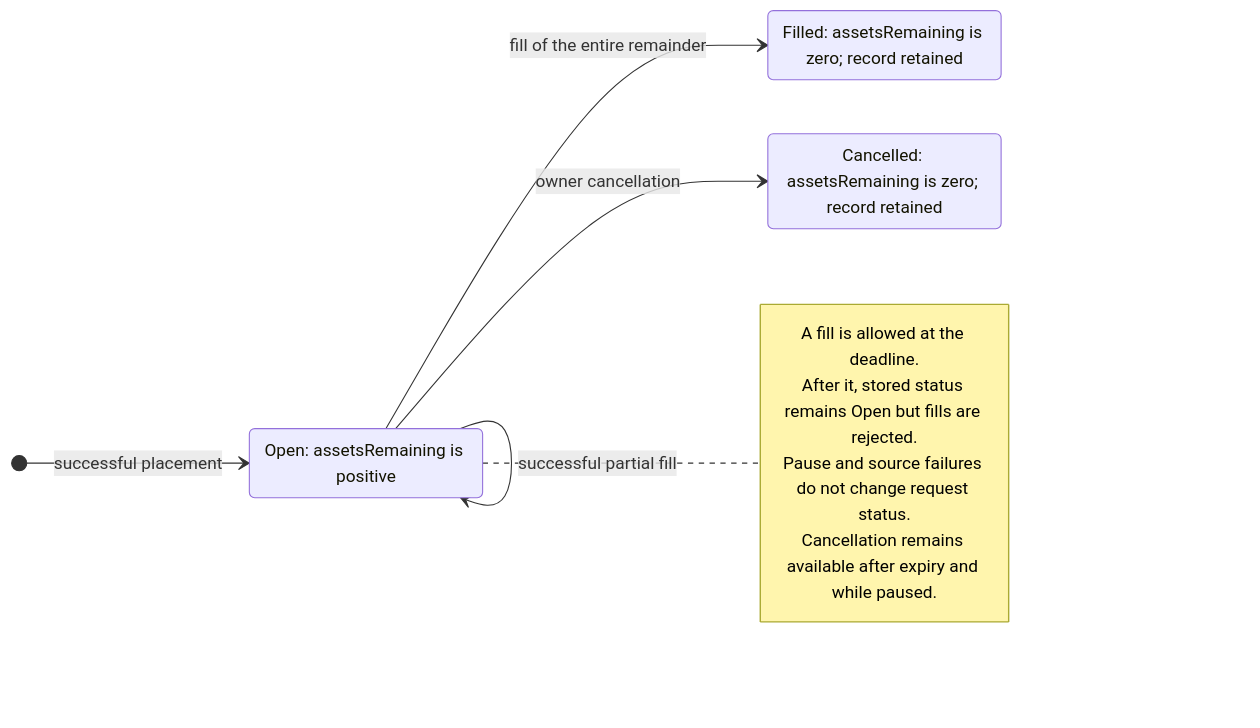
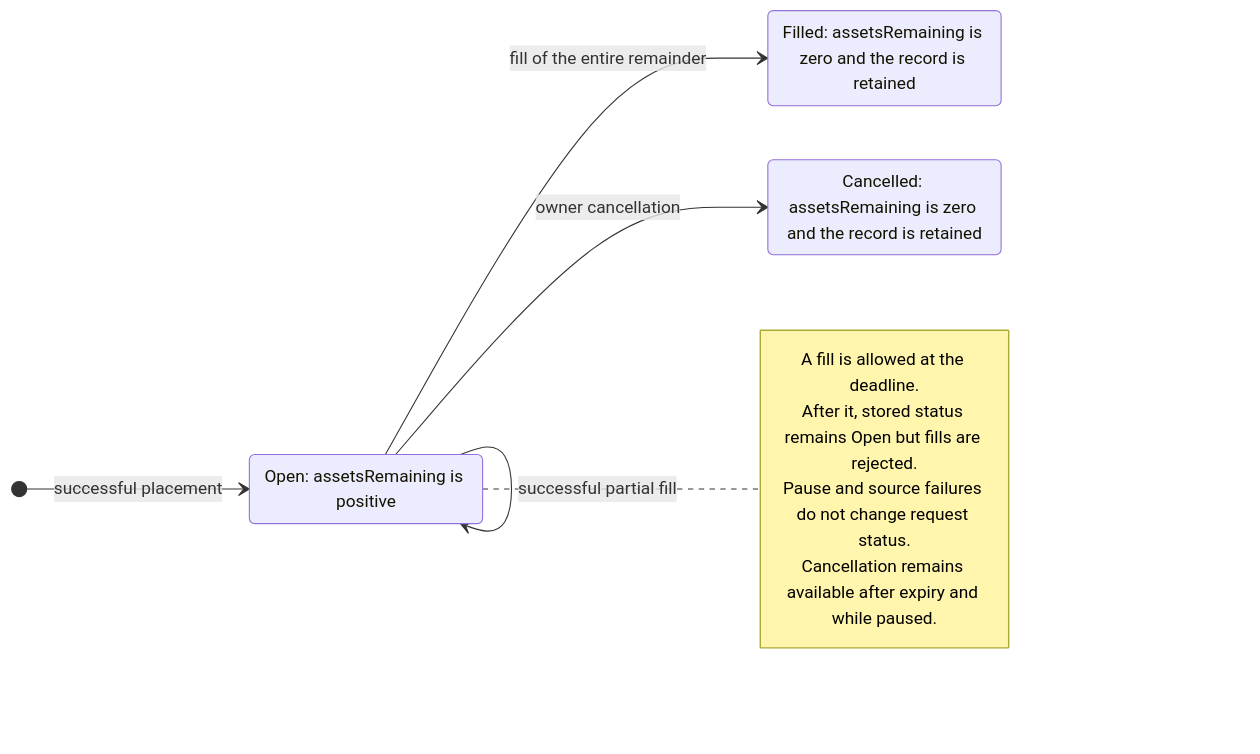
The second of 2 diagrams in docs/specs/exit-books.md (lidofinance/lend-markets), drawn with Mermaid before and after one commit. The commit also changed other lines of this file, not shown here.

Commit message:
docs(exit-books): fix GitHub Mermaid rendering

````diff
--- a/docs/specs/exit-books.md
+++ b/docs/specs/exit-books.md
@@ -140,20 +140,20 @@
 ```mermaid
 stateDiagram-v2
     direction LR
 
     state "Open: assetsRemaining is positive" as Open
-    state "Filled: assetsRemaining is zero; record retained" as Filled
-    state "Cancelled: assetsRemaining is zero; record retained" as Cancelled
+    state "Filled: assetsRemaining is zero and the record is retained" as Filled
+    state "Cancelled: assetsRemaining is zero and the record is retained" as Cancelled
 
     [*] --> Open: successful placement
     Open --> Open: successful partial fill
     Open --> Filled: fill of the entire remainder
     Open --> Cancelled: owner cancellation
 
     note right of Open
         A fill is allowed at the deadline.
         After it, stored status remains Open but fills are rejected.
         Pause and source failures do not change request status.
         Cancellation remains available after expiry and while paused.
     end note
 ```
````
